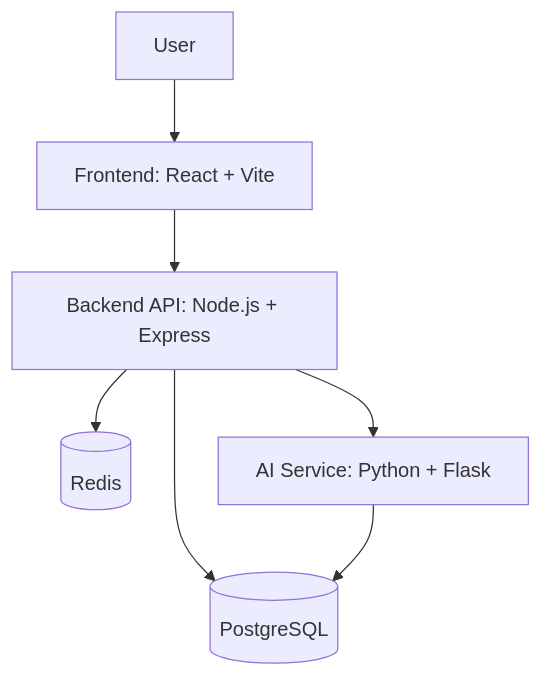
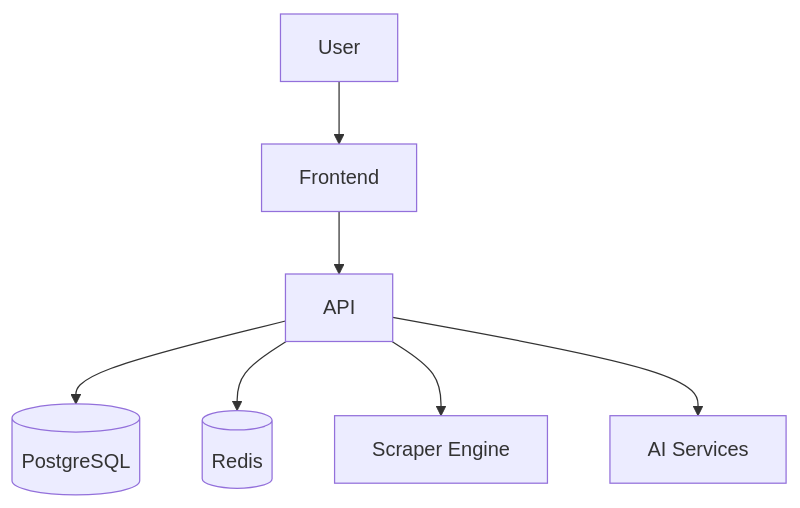
Before and after one commit to FedeRuiz0/VaultManga: the diagram in README.md, drawn with Mermaid. The commit also changed other lines of this file, not shown here.

Commit message:
feat: update README with enhanced project description, features, and architecture details

````diff
--- a/README.md
+++ b/README.md
@@ -46,9 +85,9 @@
 ```mermaid
 graph TD
-    User[User] --> Frontend[Frontend: React + Vite]
-    Frontend --> API[Backend API: Node.js + Express]
+    User --> Frontend
+    Frontend --> API
     API --> DB[(PostgreSQL)]
     API --> Cache[(Redis)]
-    API --> AI[AI Service: Python + Flask]
-    AI --> DB
+    API --> Scraper[Scraper Engine]
+    API --> AI[AI Services]
 ```
````
